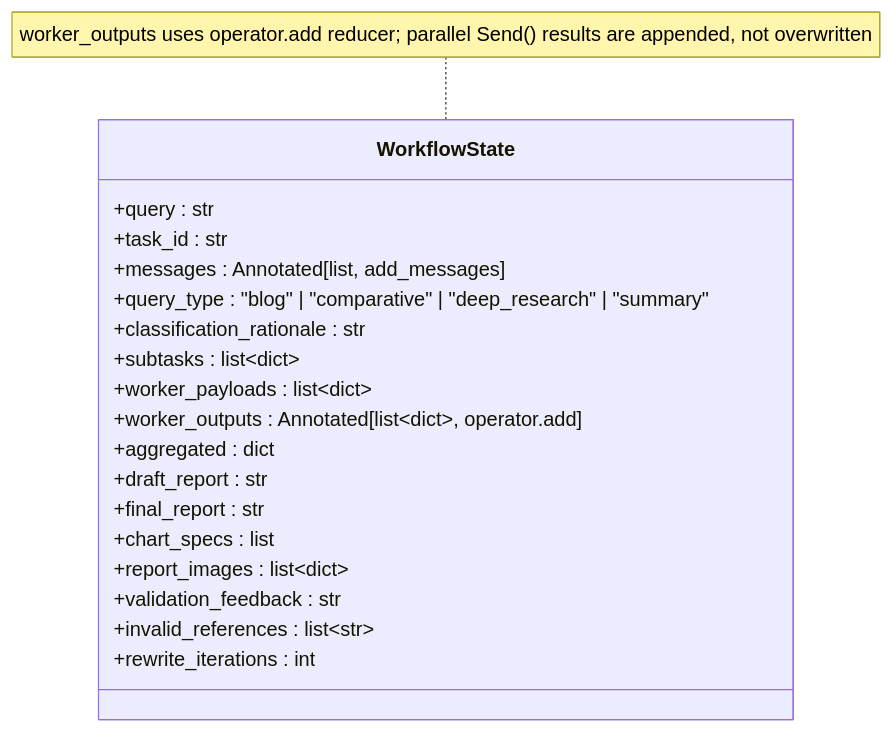
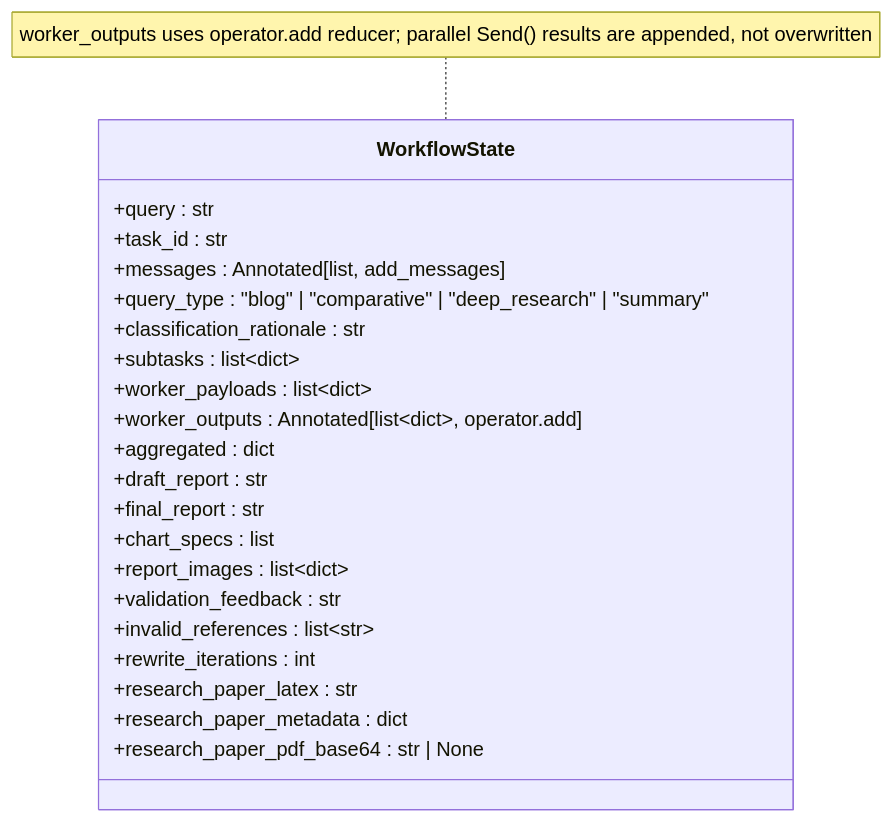
Before and after one commit to nishant5790/aion-ai-research: the fourth of 8 diagrams in backend/docs/LANGGRAPH_WORKFLOW.md, drawn with Mermaid. The commit also changed other lines of this file and 3 other files, not shown here.

````diff
--- a/backend/docs/LANGGRAPH_WORKFLOW.md
+++ b/backend/docs/LANGGRAPH_WORKFLOW.md
@@ -152,23 +156,26 @@
 ```mermaid
 classDiagram
     class WorkflowState {
         +query : str
         +task_id : str
         +messages : Annotated[list, add_messages]
         +query_type : "blog" | "comparative" | "deep_research" | "summary"
         +classification_rationale : str
         +subtasks : list~dict~
         +worker_payloads : list~dict~
         +worker_outputs : Annotated[list~dict~, operator.add]
         +aggregated : dict
         +draft_report : str
         +final_report : str
         +chart_specs : list
         +report_images : list~dict~
         +validation_feedback : str
         +invalid_references : list~str~
         +rewrite_iterations : int
+        +research_paper_latex : str
+        +research_paper_metadata : dict
+        +research_paper_pdf_base64 : str | None
     }
 
     note for WorkflowState "worker_outputs uses operator.add reducer; parallel Send() results are appended, not overwritten"
 ```
````
